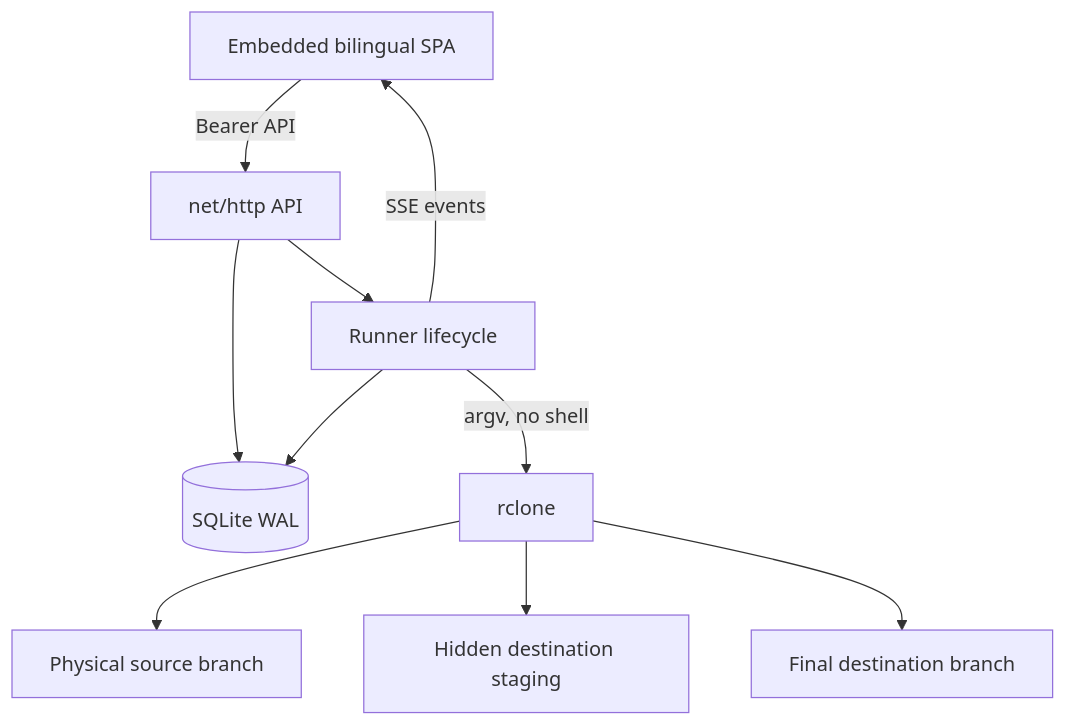
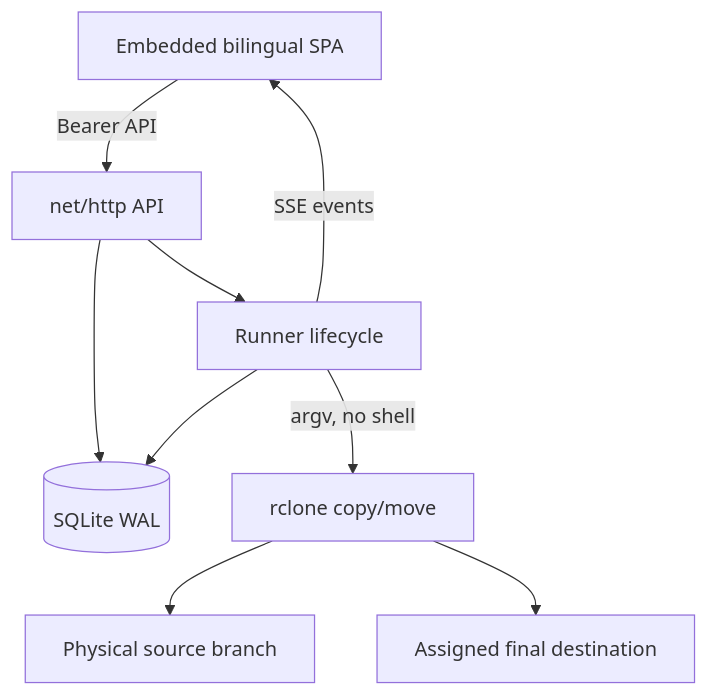
One commit to yuanweize/atomic-sync changed the first of 2 diagrams in docs/ARCHITECTURE.md. Above: the diagram before and after it, drawn with Mermaid. The commit also changed other lines of this file and 34 other files, not shown here.

Commit message:
feat: release direct rclone copy and move engine

````diff
--- a/docs/ARCHITECTURE.md
+++ b/docs/ARCHITECTURE.md
@@ -7,12 +7,11 @@
 ```mermaid
 flowchart TB
   UI[Embedded bilingual SPA] -->|Bearer API| API[net/http API]
   API --> STORE[(SQLite WAL)]
   API --> RUNNER[Runner lifecycle]
   RUNNER --> STORE
-  RUNNER -->|argv, no shell| RCLONE[rclone]
+  RUNNER -->|argv, no shell| RCLONE[rclone copy/move]
   RCLONE --> SOURCE[Physical source branch]
-  RCLONE --> STAGE[Hidden destination staging]
-  RCLONE --> FINAL[Final destination branch]
+  RCLONE --> FINAL[Assigned final destination]
   RUNNER -->|SSE events| UI
 ```
````
